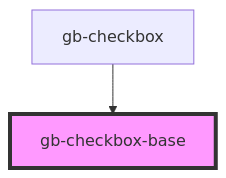
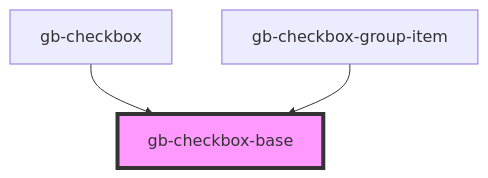
The diagram in src/components/gb-checkbox-base/readme.md (Emmanuel1858/globusComponent), drawn with Mermaid before and after one commit. The commit also changed other lines of this file and 25 other files, not shown here.

````diff
--- a/src/components/gb-checkbox-base/readme.md
+++ b/src/components/gb-checkbox-base/readme.md
@@ -26,5 +27,6 @@
 ```mermaid
 graph TD;
   gb-checkbox --> gb-checkbox-base
+  gb-checkbox-group-item --> gb-checkbox-base
   style gb-checkbox-base fill:#f9f,stroke:#333,stroke-width:4px
 ```
````
